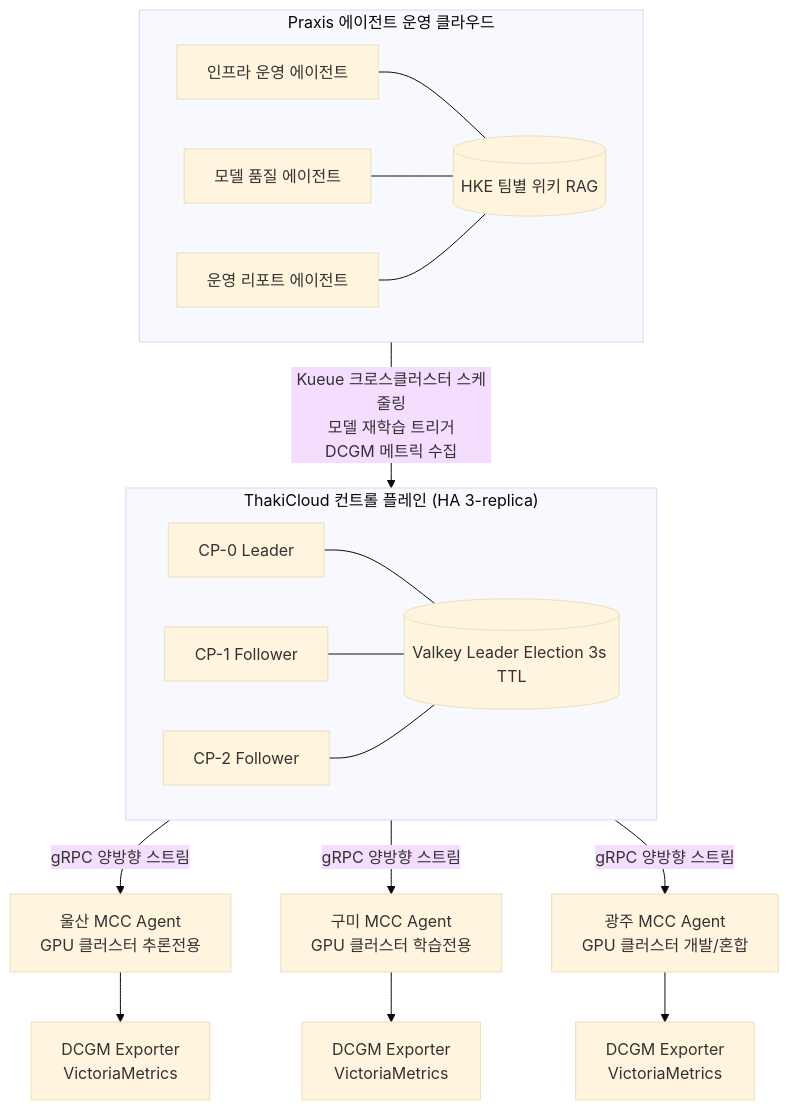
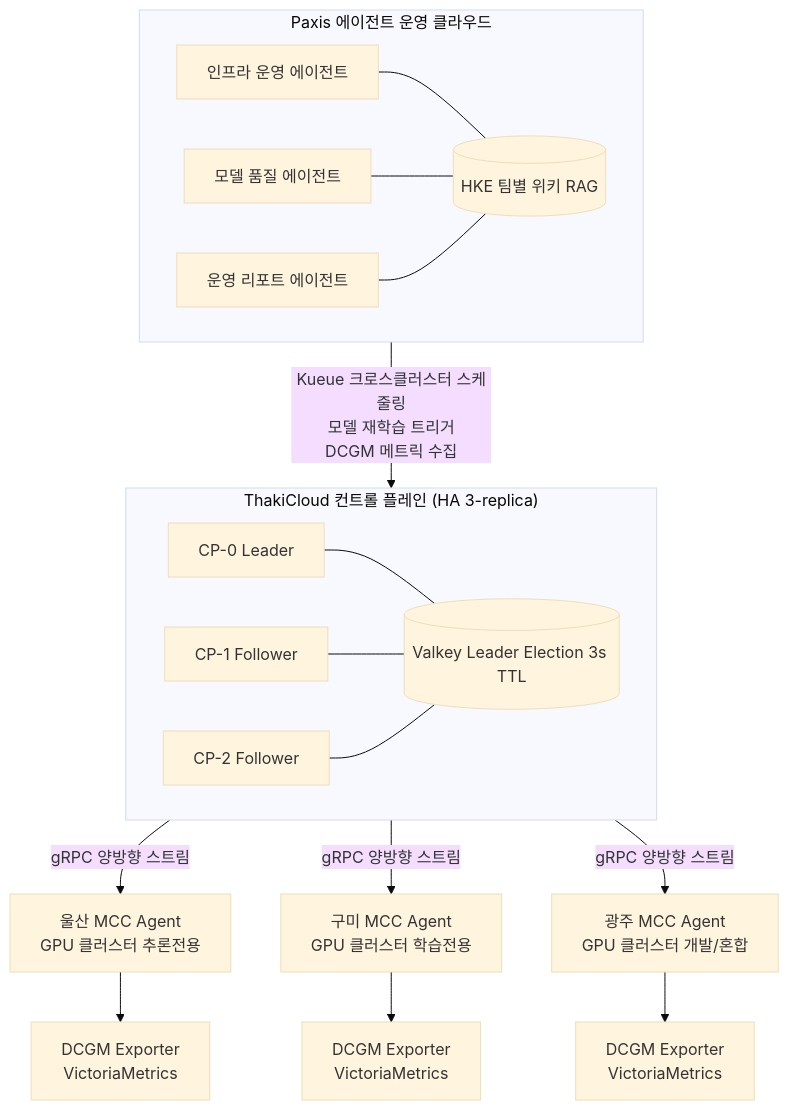
Before and after one commit to ThakiCloud/thakicloud.github.io: the diagram in _posts/ko/agentops/2026-06-22-manufacturing-autonomous-agent-teams.md, drawn with Mermaid (base theme). The commit also changed other lines of this file and 44 other files, not shown here.

````diff
--- a/_posts/ko/agentops/2026-06-22-manufacturing-autonomous-agent-teams.md
+++ b/_posts/ko/agentops/2026-06-22-manufacturing-autonomous-agent-teams.md
@@ -83,32 +83,32 @@
 ```mermaid
 graph TB
     subgraph CP["ThakiCloud 컨트롤 플레인 (HA 3-replica)"]
         CP0[CP-0 Leader]
         CP1[CP-1 Follower]
         CP2[CP-2 Follower]
         VK[(Valkey Leader Election 3s TTL)]
         CP0 --- VK
         CP1 --- VK
         CP2 --- VK
     end
 
-    subgraph PRAXIS["Praxis 에이전트 운영 클라우드"]
+    subgraph PAXIS["Paxis 에이전트 운영 클라우드"]
         INFRA[인프라 운영 에이전트]
         QA[모델 품질 에이전트]
         REPORT[운영 리포트 에이전트]
         HKE[(HKE 팀별 위키 RAG)]
         INFRA --- HKE
         QA --- HKE
         REPORT --- HKE
     end
 
     CP -->|"gRPC 양방향 스트림"| US[울산 MCC Agent<br/>GPU 클러스터 추론전용]
     CP -->|"gRPC 양방향 스트림"| GU[구미 MCC Agent<br/>GPU 클러스터 학습전용]
     CP -->|"gRPC 양방향 스트림"| GJ[광주 MCC Agent<br/>GPU 클러스터 개발/혼합]
 
-    PRAXIS -->|"Kueue 크로스클러스터 스케줄링<br/>모델 재학습 트리거<br/>DCGM 메트릭 수집"| CP
+    PAXIS -->|"Kueue 크로스클러스터 스케줄링<br/>모델 재학습 트리거<br/>DCGM 메트릭 수집"| CP
 
     US --> DCGM1[DCGM Exporter<br/>VictoriaMetrics]
     GU --> DCGM2[DCGM Exporter<br/>VictoriaMetrics]
     GJ --> DCGM3[DCGM Exporter<br/>VictoriaMetrics]
 ```
````
